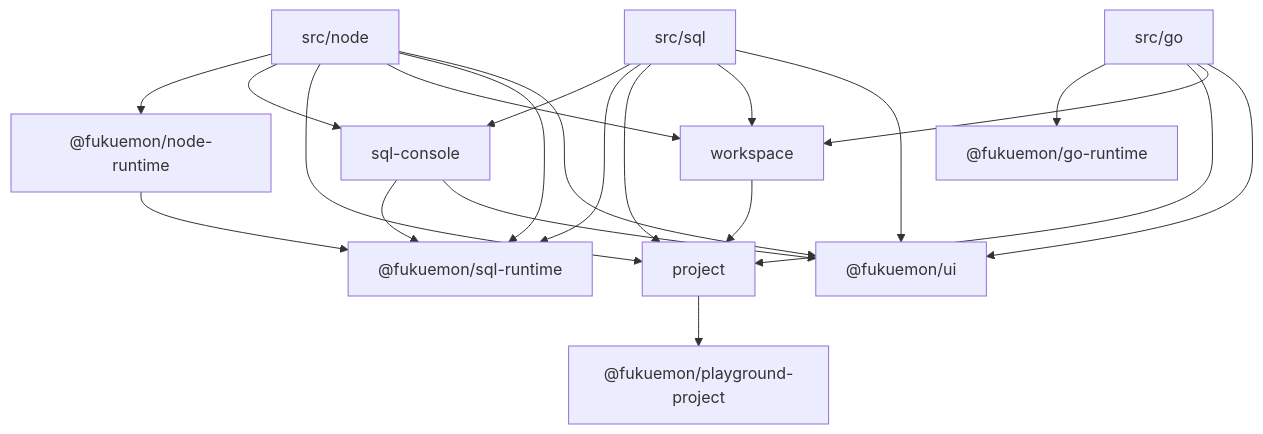
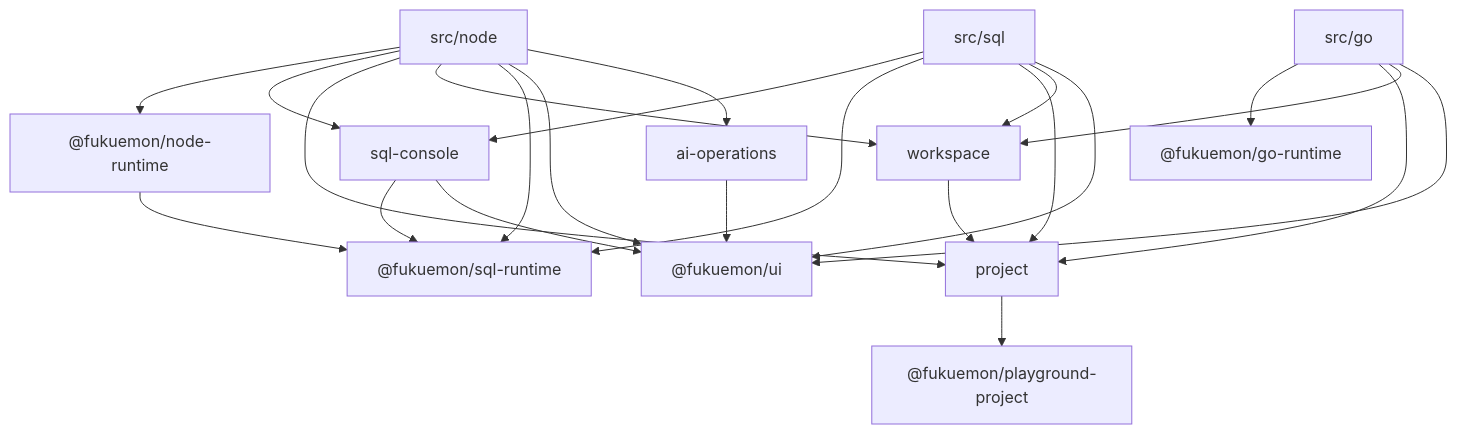
One commit to Fukuemon/fukuemon.dev changed the first of 3 diagrams in design/features/playground/DesignDoc.md. Above: the diagram before and after it, drawn with Mermaid. The commit also changed other lines of this file and 2 other files, not shown here.

Commit message:
docs(design): AI からの操作の Design Doc に spec のレビューの指摘を反映する #123

````diff
--- a/design/features/playground/DesignDoc.md
+++ b/design/features/playground/DesignDoc.md
@@ -113,35 +114,38 @@
 ```mermaid
 flowchart TB
   node["src/node"]
   sql["src/sql"]
   go["src/go"]
   console["sql-console"]
   runtime["@fukuemon/node-runtime"]
   database["@fukuemon/sql-runtime"]
   runner["@fukuemon/go-runtime"]
   project["project"]
   workspace["workspace"]
   ui["@fukuemon/ui"]
+  ai["ai-operations"]
   pp["@fukuemon/playground-project"]
 
   node --> runtime
   node --> console
   node --> project
   node --> workspace
   node --> database
   node --> ui
+  node --> ai
+  ai --> ui
   sql --> console
   sql --> database
   sql --> project
   sql --> workspace
   sql --> ui
   go --> runner
   go --> project
   go --> workspace
   go --> ui
   console --> database
   console --> ui
   runtime --> database
   workspace --> project
   project --> pp
 ```
````
